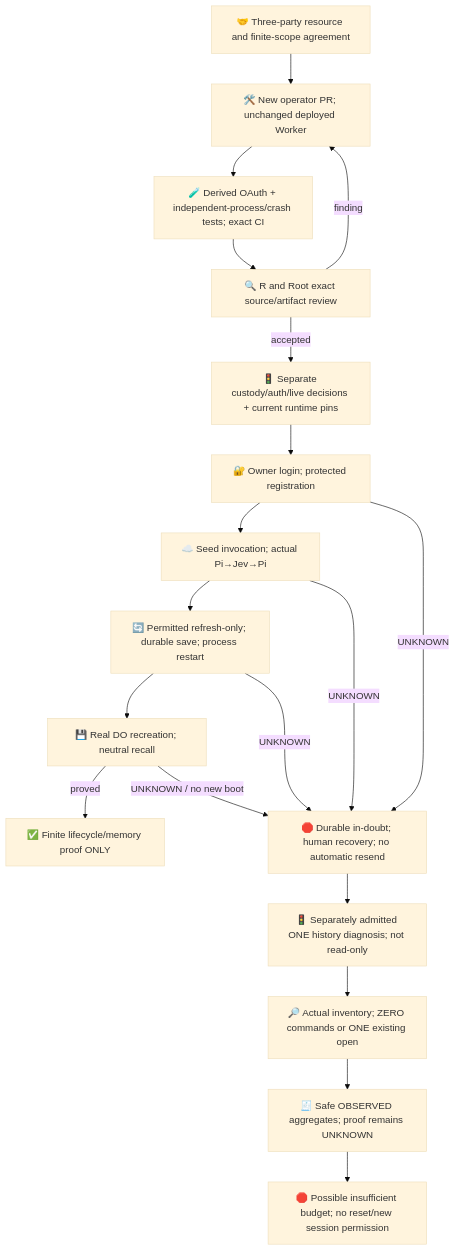
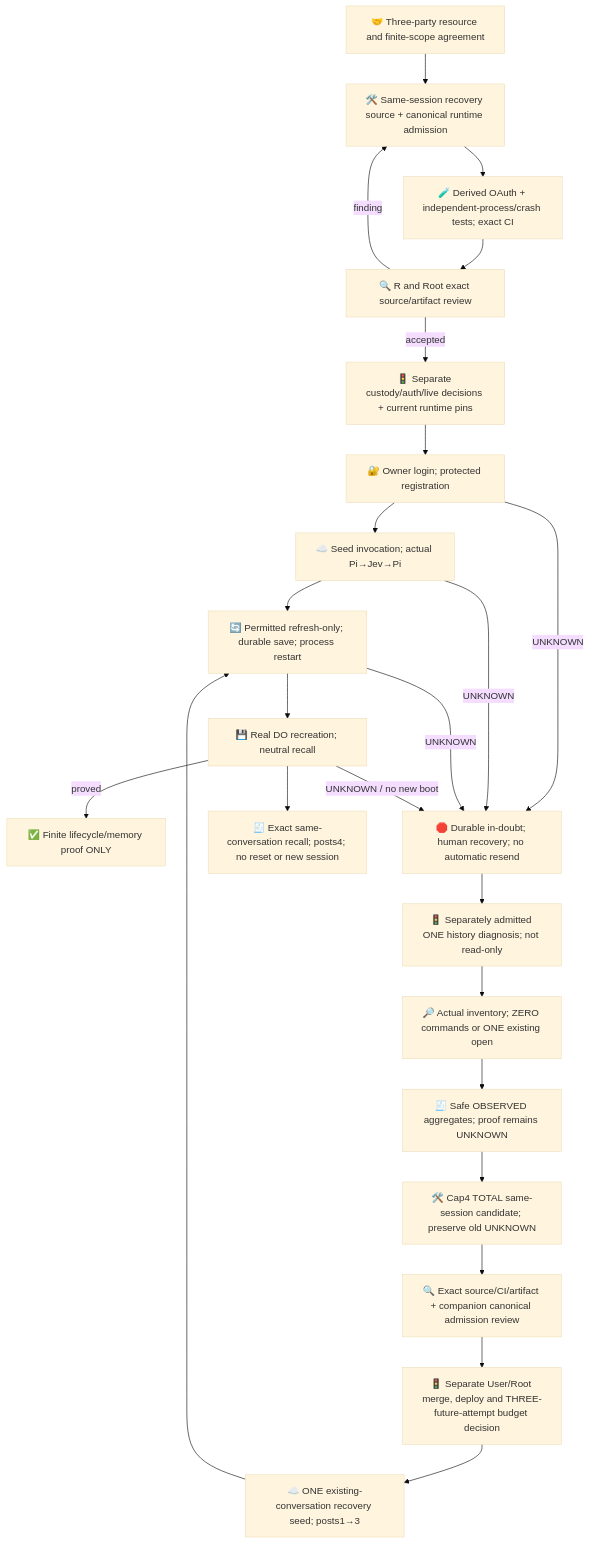
Before and after one commit to roccho-org/ops: the second of 2 diagrams in experiments/pi-worker-proof/README.md, drawn with Mermaid (base theme). The commit also changed other lines of this file and 5 other files, not shown here.

Commit message:
feat(pi): prepare bounded same-session recovery and trusted failure status

````diff
--- a/experiments/pi-worker-proof/README.md
+++ b/experiments/pi-worker-proof/README.md
@@ -44,21 +45,26 @@
 ```mermaid
 flowchart TB
-  Agreement["🤝 Three-party resource and finite-scope agreement"] --> Source["🛠️ New operator PR; unchanged deployed Worker"]
+  Agreement["🤝 Three-party resource and finite-scope agreement"] --> Source["🛠️ Same-session recovery source + canonical runtime admission"]
   Source --> Tests["🧪 Derived OAuth + independent-process/crash tests; exact CI"]
   Tests --> Review["🔍 R and Root exact source/artifact review"]
   Review -->|finding| Source
   Review -->|accepted| Gate["🚦 Separate custody/auth/live decisions + current runtime pins"]
   Gate --> Auth["🔐 Owner login; protected registration"]
   Auth --> Seed["☁️ Seed invocation; actual Pi→Jev→Pi"]
   Seed --> Rotate["🔄 Permitted refresh-only; durable save; process restart"]
   Rotate --> Recall["💾 Real DO recreation; neutral recall"]
   Recall -->|proved| Done["✅ Finite lifecycle/memory proof ONLY"]
   Auth -->|UNKNOWN| Stop["🛑 Durable in-doubt; human recovery; no automatic resend"]
   Seed -->|UNKNOWN| Stop
   Stop --> HistoryGO["🚦 Separately admitted ONE history diagnosis; not read-only"]
   HistoryGO --> Inventory["🔎 Actual inventory; ZERO commands or ONE existing open"]
   Inventory --> Unknown["🧾 Safe OBSERVED aggregates; proof remains UNKNOWN"]
-  Unknown --> Budget["🛑 Possible insufficient budget; no reset/new session permission"]
+  Unknown --> Candidate["🛠️ Cap4 TOTAL same-session candidate; preserve old UNKNOWN"]
+  Candidate --> ReviewBudget["🔍 Exact source/CI/artifact + companion canonical admission review"]
+  ReviewBudget --> Decision["🚦 Separate User/Root merge, deploy and THREE-future-attempt budget decision"]
+  Decision --> Recovery["☁️ ONE existing-conversation recovery seed; posts1→3"]
+  Recovery --> Rotate
+  Recall --> Counts["🧾 Exact same-conversation recall; posts4; no reset or new session"]
   Rotate -->|UNKNOWN| Stop
   Recall -->|UNKNOWN / no new boot| Stop
 ```
````
